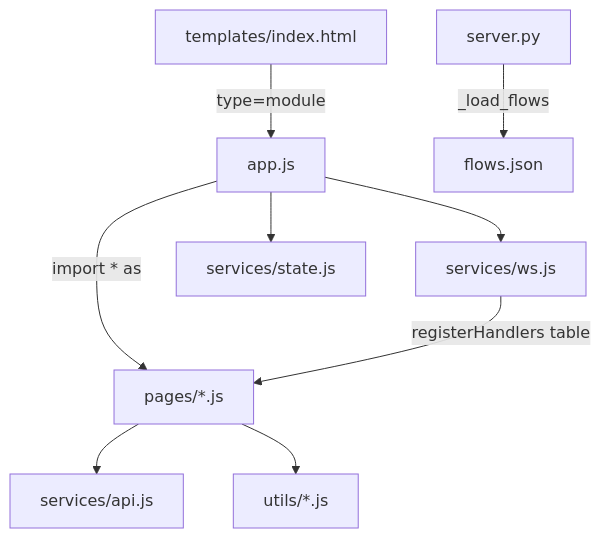
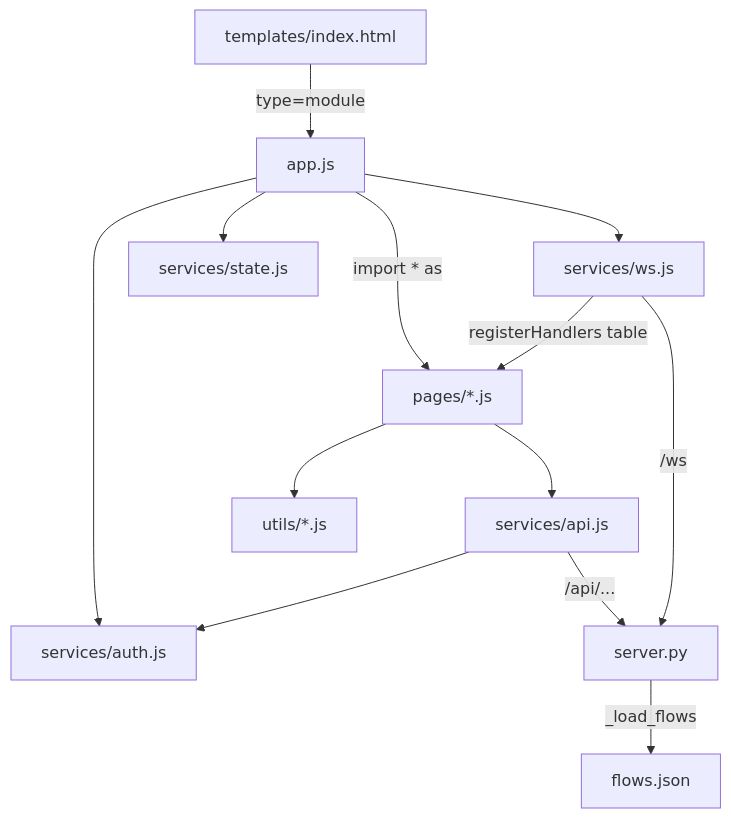
The diagram in src/fsm_llm/monitor/static/CLAUDE.md (NikolasMarkou/fsm_llm), drawn with Mermaid before and after one commit. The commit also changed other lines of this file and 49 other files, not shown here.

````diff
--- a/src/fsm_llm/monitor/static/CLAUDE.md
+++ b/src/fsm_llm/monitor/static/CLAUDE.md
@@ -12,11 +12,15 @@
 ```mermaid
 flowchart TD
     Index[templates/index.html] -->|type=module| App[app.js]
     App -->|import * as| Pages[pages/*.js]
     App --> WS[services/ws.js]
     App --> State[services/state.js]
+    App --> Auth[services/auth.js]
     Pages --> API[services/api.js]
     Pages --> Utils[utils/*.js]
+    API --> Auth
     WS -->|registerHandlers table| Pages
-    Server[server.py] -->|_load_flows| Flows[flows.json]
+    API -->|/api/...| Server[server.py]
+    WS -->|/ws| Server
+    Server -->|_load_flows| Flows[flows.json]
 ```
````
